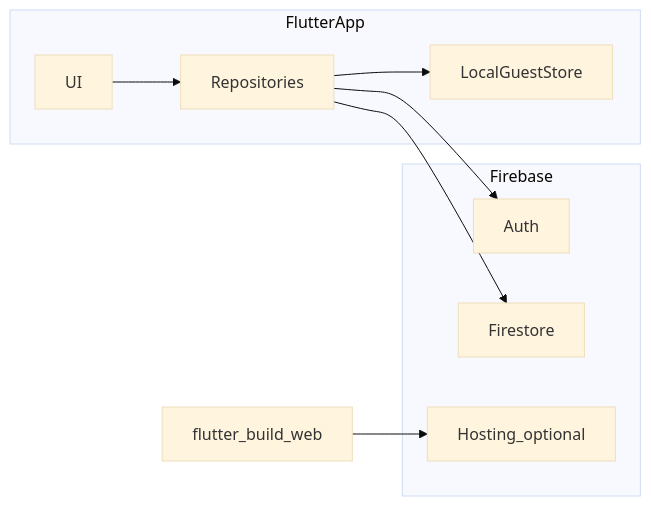
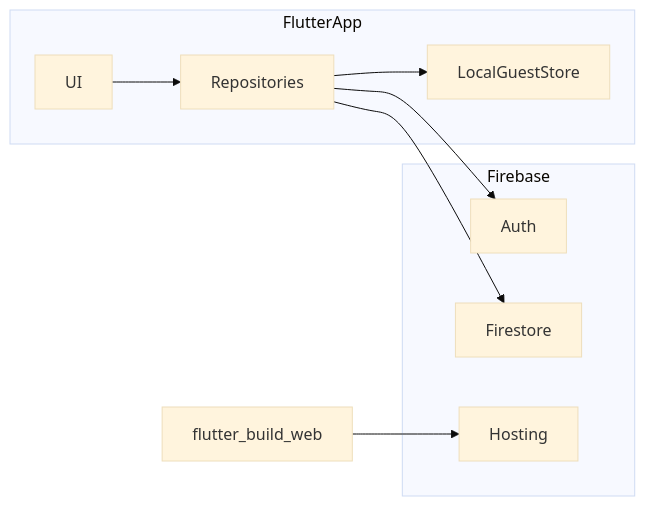
Before and after one commit to alfleek/BazaarChecklist: the diagram in docs/ARCHITECTURE.md, drawn with Mermaid (base theme). The commit also changed other lines of this file and 23 other files, not shown here.

````diff
--- a/docs/ARCHITECTURE.md
+++ b/docs/ARCHITECTURE.md
@@ -9,18 +9,18 @@
 ```mermaid
 flowchart LR
   subgraph client [FlutterApp]
     UI[UI]
     Local[LocalGuestStore]
     Repo[Repositories]
   end
   subgraph firebase [Firebase]
     Auth[Auth]
     FS[Firestore]
-    Host[Hosting_optional]
+    Host[Hosting]
   end
   UI --> Repo
   Repo --> Auth
   Repo --> FS
   Repo --> Local
   WebBuild[flutter_build_web] --> Host
 ```
````
